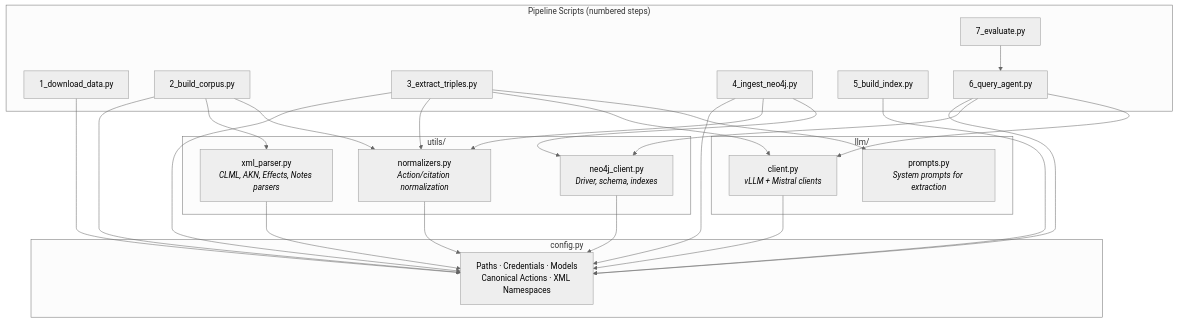
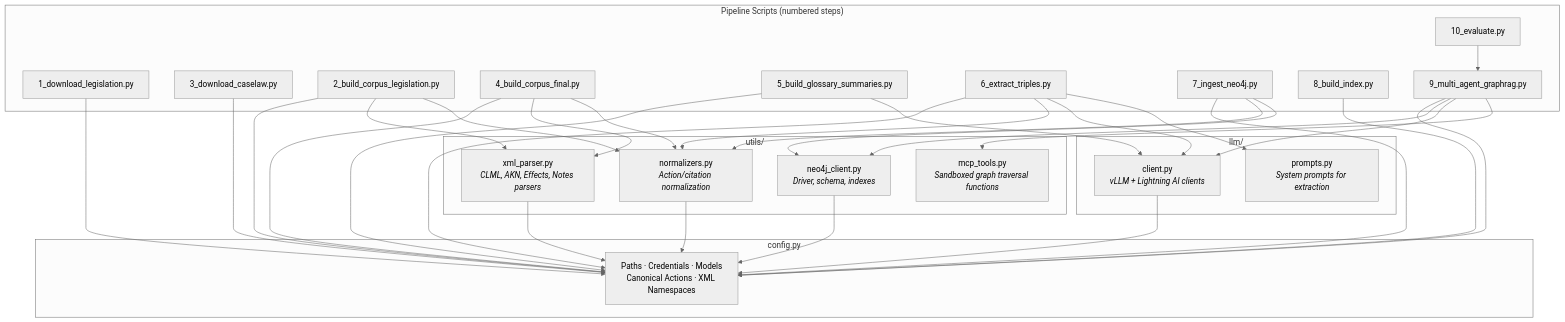
Before and after one commit to suriya7913/PROJECT_app_ml: the second of 3 diagrams in documentation/01_pipeline_overview.md, drawn with Mermaid (neutral theme). The commit also changed other lines of this file and 29 other files, not shown here.

Commit message:
Refactor pipeline to use multi-agent GraphRAG and update documentation

````diff
--- a/documentation/01_pipeline_overview.md
+++ b/documentation/01_pipeline_overview.md
@@ -57,39 +65,46 @@
 ```mermaid
 graph TB
     subgraph "Pipeline Scripts (numbered steps)"
-        S1["1_download_data.py"]
-        S2["2_build_corpus.py"]
-        S3["3_extract_triples.py"]
-        S4["4_ingest_neo4j.py"]
-        S5["5_build_index.py"]
-        S6["6_query_agent.py"]
-        S7["7_evaluate.py"]
+        S1a["1_download_legislation.py"]
+        S1b["3_download_caselaw.py"]
+        S2a["2_build_corpus_legislation.py"]
+        S2b["4_build_corpus_final.py"]
+        S25["5_build_glossary_summaries.py"]
+        S3["6_extract_triples.py"]
+        S4["7_ingest_neo4j.py"]
+        S5["8_build_index.py"]
+        S6["9_multi_agent_graphrag.py"]
+        S7["10_evaluate.py"]
     end
 
     subgraph "config.py"
         CFG["Paths · Credentials · Models<br/>Canonical Actions · XML Namespaces"]
     end
 
     subgraph "utils/"
         XP["xml_parser.py<br/><i>CLML, AKN, Effects, Notes parsers</i>"]
         NM["normalizers.py<br/><i>Action/citation normalization</i>"]
         NC["neo4j_client.py<br/><i>Driver, schema, indexes</i>"]
+        MCP["mcp_tools.py<br/><i>Sandboxed graph traversal functions</i>"]
     end
 
     subgraph "llm/"
-        LC["client.py<br/><i>vLLM + Mistral clients</i>"]
+        LC["client.py<br/><i>vLLM + Lightning AI clients</i>"]
         LP["prompts.py<br/><i>System prompts for extraction</i>"]
     end
 
-    S1 --> CFG
-    S2 --> CFG & XP & NM
+    S1a --> CFG
+    S1b --> CFG
+    S2a --> CFG & XP & NM
+    S2b --> CFG & XP & NM
+    S25 --> CFG & LC
     S3 --> CFG & NM & LC & LP
     S4 --> CFG & NM & NC
     S5 --> CFG
-    S6 --> CFG & NC & LC
+    S6 --> CFG & NC & LC & MCP
     S7 --> S6
     XP --> CFG
     NM --> CFG
     NC --> CFG
     LC --> CFG
 ```
````
